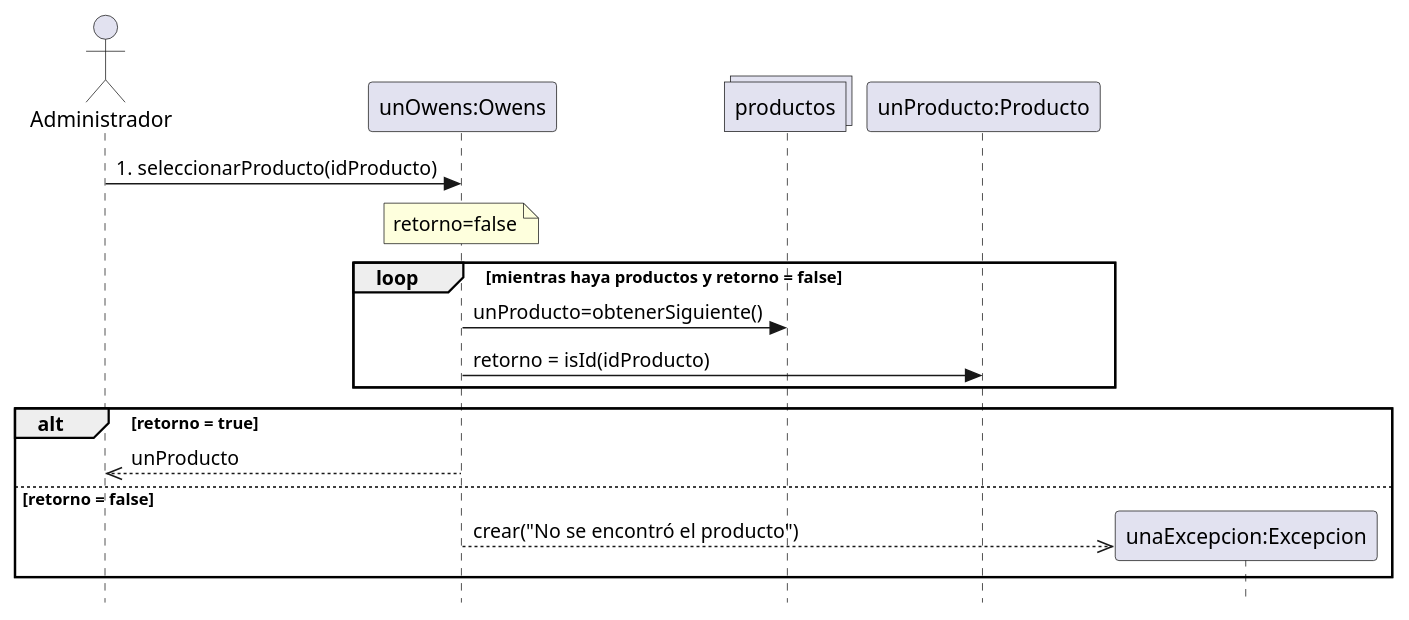
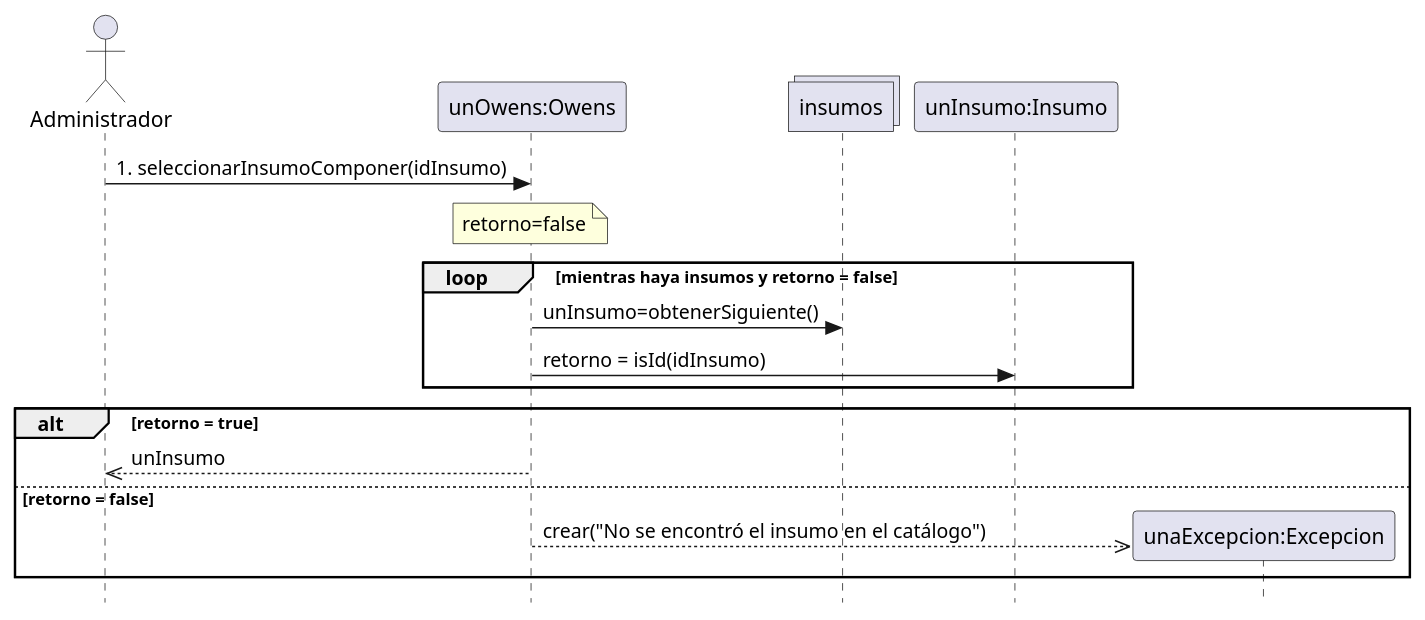
The ninth of 18 diagrams in docs/4_Diseno/4.4_diagrama_secuencia_diseno_dsd.md (DiegoParadiso/owens), drawn with PlantUML before and after one commit. The commit also changed other lines of this file and 72 other files, not shown here.

Commit message:
docs: actualizar modelo unificado de insumos, UML, casos de uso, OCL y estado de avance

````diff
--- a/docs/4_Diseno/4.4_diagrama_secuencia_diseno_dsd.md
+++ b/docs/4_Diseno/4.4_diagrama_secuencia_diseno_dsd.md
@@ -266,26 +266,26 @@
 ```plantuml
 @startuml
 skinparam style strictuml
 hide footbox
 
 actor Administrador as A
 participant "unOwens:Owens" as Owens
-collections "productos" as ColProductos
-participant "unProducto:Producto" as Prod
+collections "insumos" as ColInsumos
+participant "unInsumo:Insumo" as Ins
 
-A -> Owens : 1. seleccionarProducto(idProducto)
+A -> Owens : 1. seleccionarInsumoComponer(idInsumo)
 note over Owens : retorno=false
 
-loop mientras haya productos y retorno = false
-    Owens -> ColProductos : unProducto=obtenerSiguiente()
-    Owens -> Prod : retorno = isId(idProducto)
+loop mientras haya insumos y retorno = false
+    Owens -> ColInsumos : unInsumo=obtenerSiguiente()
+    Owens -> Ins : retorno = isId(idInsumo)
 end
 
 alt retorno = true
-    Owens -->> A : unProducto
+    Owens -->> A : unInsumo
 else retorno = false
     create participant "unaExcepcion:Excepcion" as Ex
-    Owens -->> Ex : crear("No se encontró el producto")
+    Owens -->> Ex : crear("No se encontró el insumo en el catálogo")
 end
 @enduml
 ```
````
